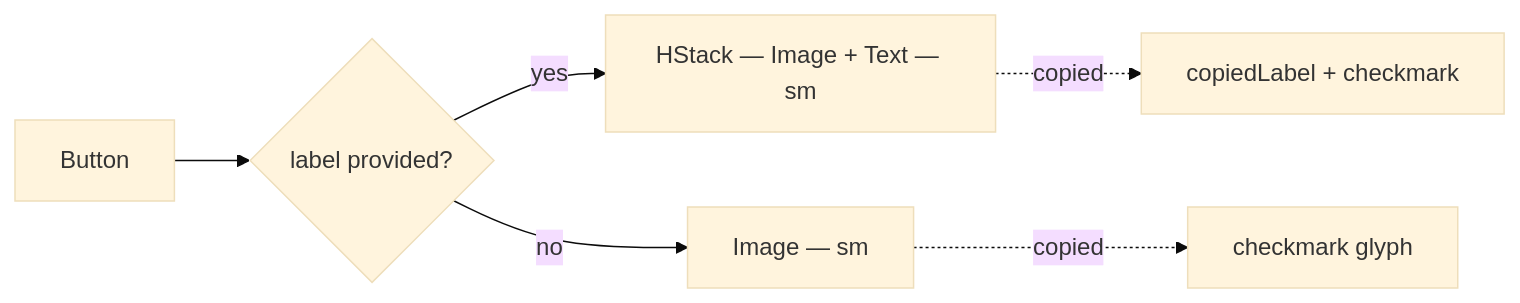
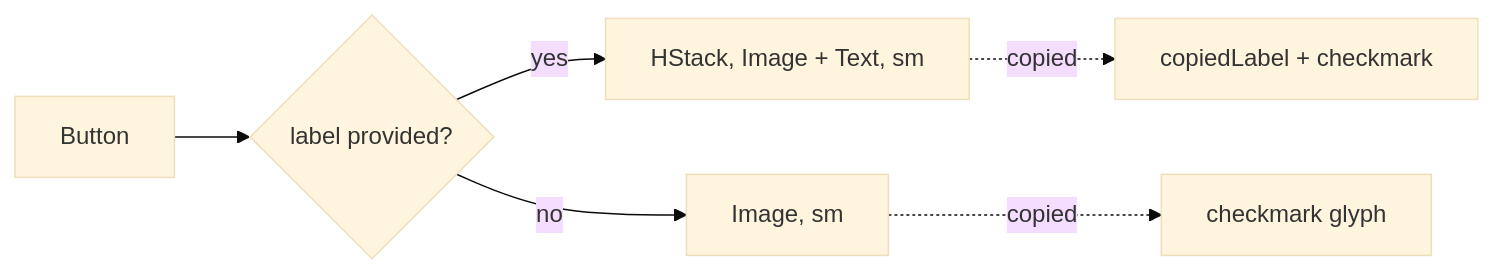
Before and after one commit to MrDemonWolf/WolfWave: the diagram in design-system/components/copy-button.md, drawn with Mermaid (base theme). The commit also changed other lines of this file and 152 other files, not shown here.

````diff
--- a/design-system/components/copy-button.md
+++ b/design-system/components/copy-button.md
@@ -32,8 +32,8 @@
 ```mermaid
 graph LR
   Button --> Either{label provided?}
-  Either -->|yes| Labelled[HStack — Image + Text — sm]
-  Either -->|no| IconOnly[Image — sm]
+  Either -->|yes| Labelled[HStack, Image + Text, sm]
+  Either -->|no| IconOnly[Image, sm]
   Labelled -.copied.-> SwapText[copiedLabel + checkmark]
   IconOnly -.copied.-> SwapIcon[checkmark glyph]
 ```
````
